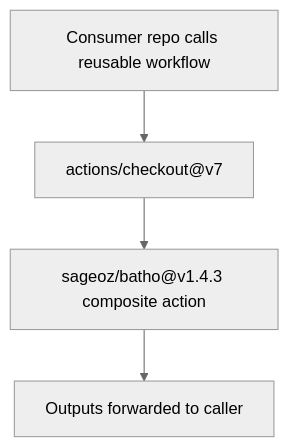
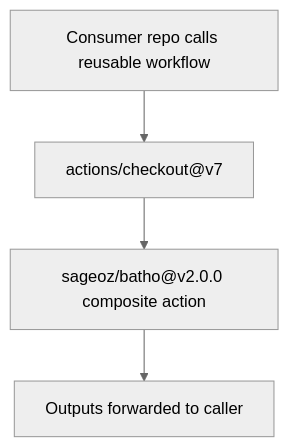
One commit to sageoz/Batho changed the diagram in docs-site/docs/cicd/reusable-workflow.md. Above: the diagram before and after it, drawn with Mermaid (neutral theme). The commit also changed other lines of this file and 229 other files, not shown here.

````diff
--- a/docs-site/docs/cicd/reusable-workflow.md
+++ b/docs-site/docs/cicd/reusable-workflow.md
@@ -7,6 +7,6 @@
 ```mermaid
 flowchart TD
     A["Consumer repo calls reusable workflow"] --> B["actions/checkout@v7"]
-    B --> C["sageoz/batho@v1.4.3 composite action"]
+    B --> C["sageoz/batho@v2.0.0 composite action"]
     C --> D["Outputs forwarded to caller"]
 ```
````
